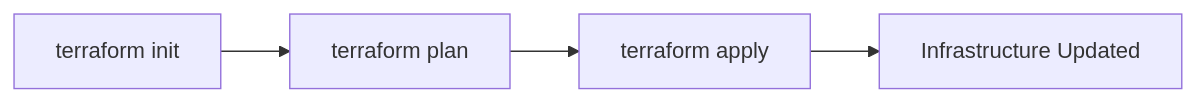
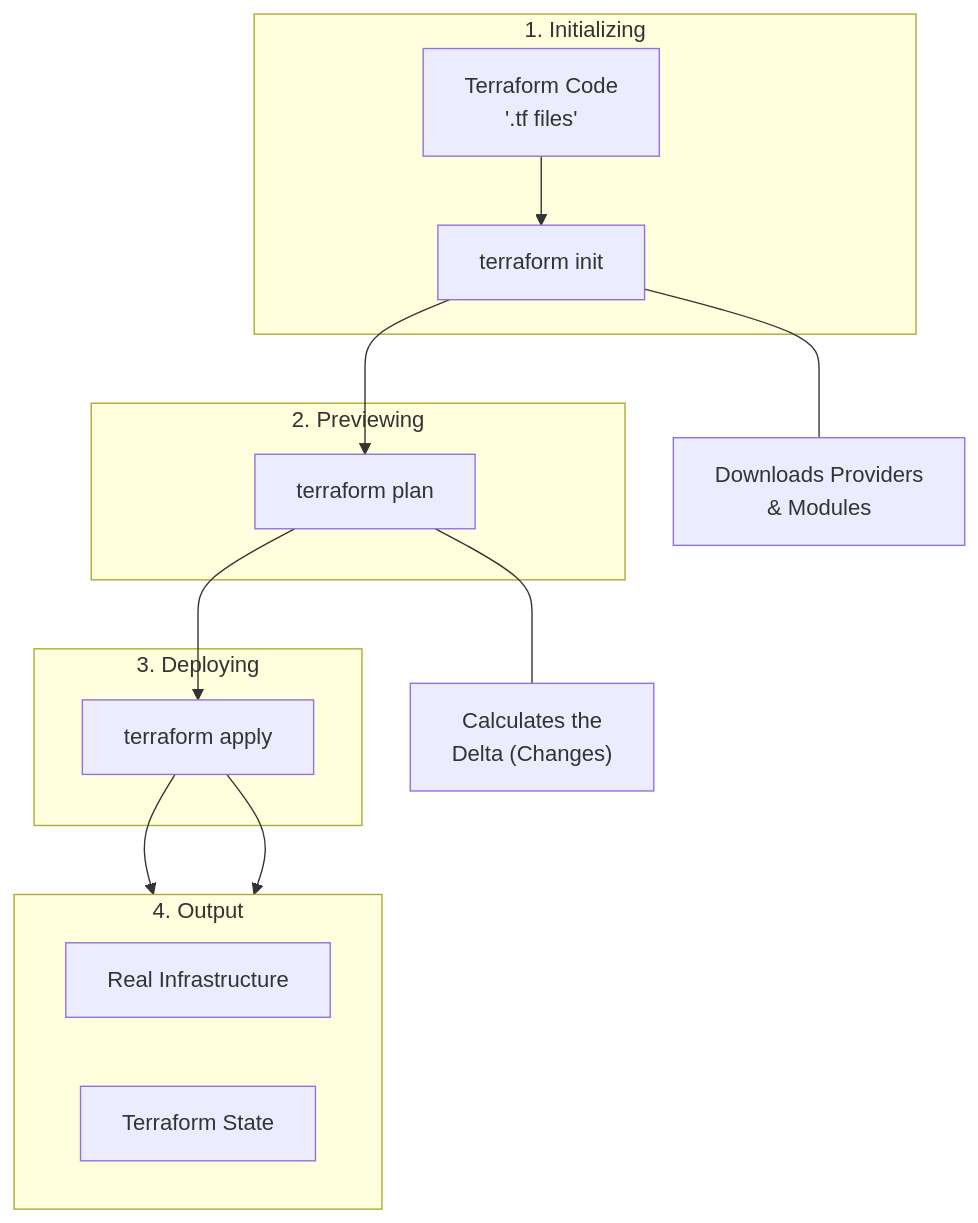
One commit to arira-ai/ar_terraform changed the first of 6 diagrams in 02-Terrafrom_Blocks/02.03-Terraform_Workflow.md. Above: the diagram before and after it, drawn with Mermaid. The commit also changed other lines of this file, not shown here.

````diff
--- a/02-Terrafrom_Blocks/02.03-Terraform_Workflow.md
+++ b/02-Terrafrom_Blocks/02.03-Terraform_Workflow.md
@@ -18,6 +39,30 @@
 ```mermaid
-flowchart LR
-A[terraform init] --> B[terraform plan]
-B --> C[terraform apply]
-C --> D[Infrastructure Updated]
+flowchart TD
+    linkStyle default interpolate basis
+
+    subgraph Preparation [1. Initializing]
+        A[Terraform Code <br/> '.tf files'] --> B[terraform init]
+    end
+
+    subgraph Review [2. Previewing]
+        B --> C[terraform plan]
+    end
+
+    subgraph Execution [3. Deploying]
+        C --> D[terraform apply]
+    end
+
+    subgraph Results [4. Output]
+        direction LR
+        D --> E[Real Infrastructure]
+        D --> F[Terraform State]
+    end
+
+    %% Note for Students
+    Note1["Downloads Providers <br/> & Modules"]
+    Note2["Calculates the <br/> Delta (Changes)"]
+    
+    B --- Note1
+    C --- Note2
+
 ```
````
